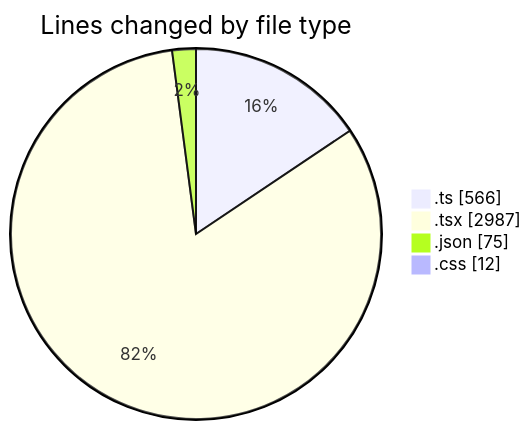
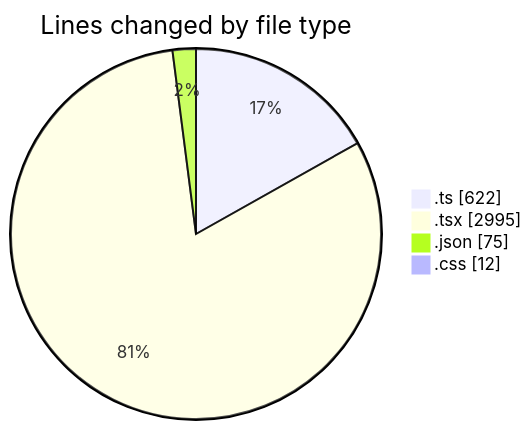
One commit to robertbonfada/code-tracking changed the first of 2 diagrams in 2025-01-27/termonied-web/README.md. Above: the diagram before and after it, drawn with Mermaid. The commit also changed other lines of this file and 1 other file, not shown here.

````diff
--- a/2025-01-27/termonied-web/README.md
+++ b/2025-01-27/termonied-web/README.md
@@ -32,8 +33,8 @@
 ```mermaid
 pie showData
 title Lines changed by file type
-".ts" : 566
-".tsx" : 2987
+".ts" : 622
+".tsx" : 2995
 ".json" : 75
 ".css" : 12
 ```
````
